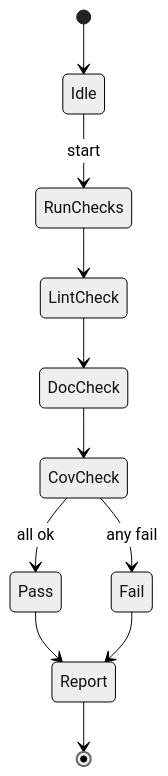
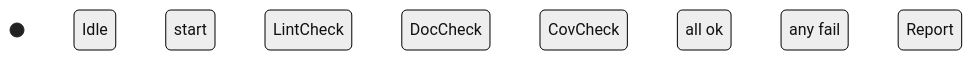
One commit to jwardwell7077/agent-audiobook-maker changed the third of 3 diagrams in docs/02-specifications/components/QUALITY_GATE_SPEC.md. Above: the diagram before and after it, drawn with Mermaid (neutral theme). The commit also changed other lines of this file and 33 other files, not shown here.

Commit message:
docs: fix Mermaid for GitHub rendering; clean .mmd headers and comments; add mermaid syntax pytest; update docs

````diff
--- a/docs/02-specifications/components/QUALITY_GATE_SPEC.md
+++ b/docs/02-specifications/components/QUALITY_GATE_SPEC.md
@@ -62,13 +62,13 @@
 ```mermaid
 stateDiagram-v2
-  [*] --> Idle
-  Idle --> RunChecks: start
-  RunChecks --> LintCheck
-  LintCheck --> DocCheck
-  DocCheck --> CovCheck
-  CovCheck --> Pass: all ok
-  CovCheck --> Fail: any fail
-  Pass --> Report
-  Fail --> Report
-  Report --> [*]
+  [*]  Idle
+  Idle  RunChecks: start
+  RunChecks  LintCheck
+  LintCheck  DocCheck
+  DocCheck  CovCheck
+  CovCheck  Pass: all ok
+  CovCheck  Fail: any fail
+  Pass  Report
+  Fail  Report
+  Report  [*]
 ```
````
